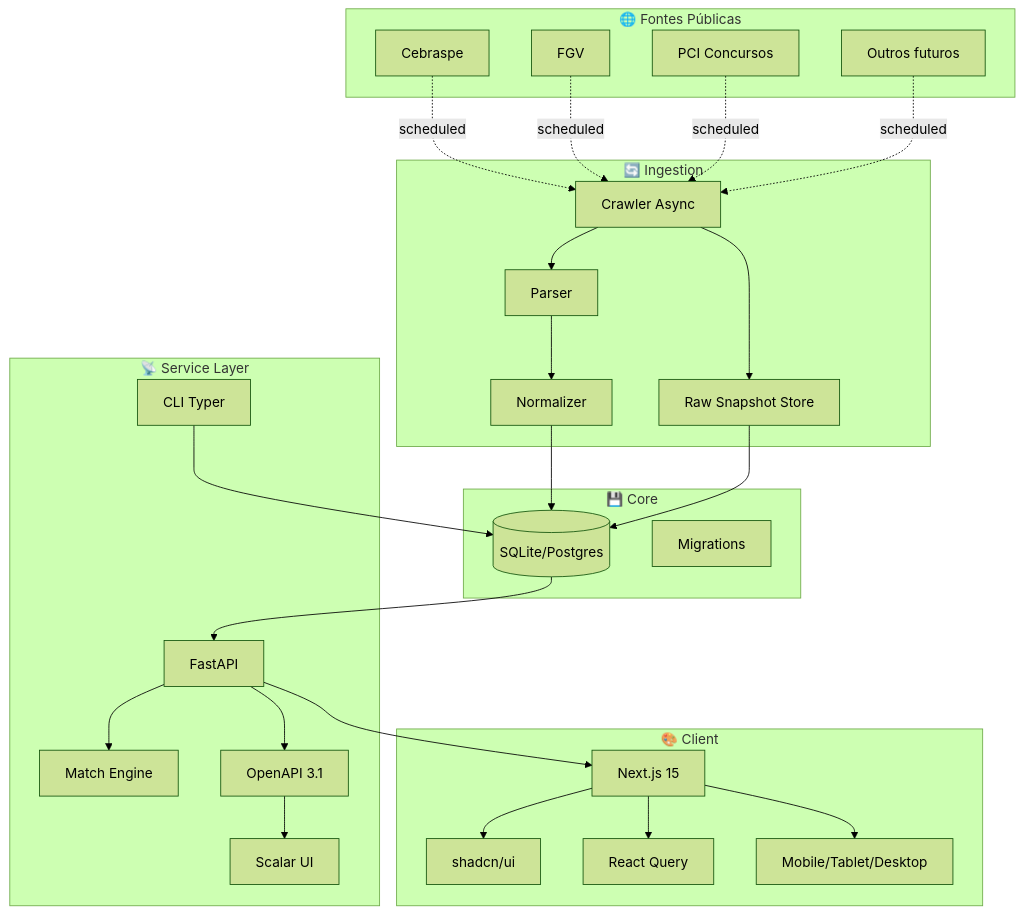
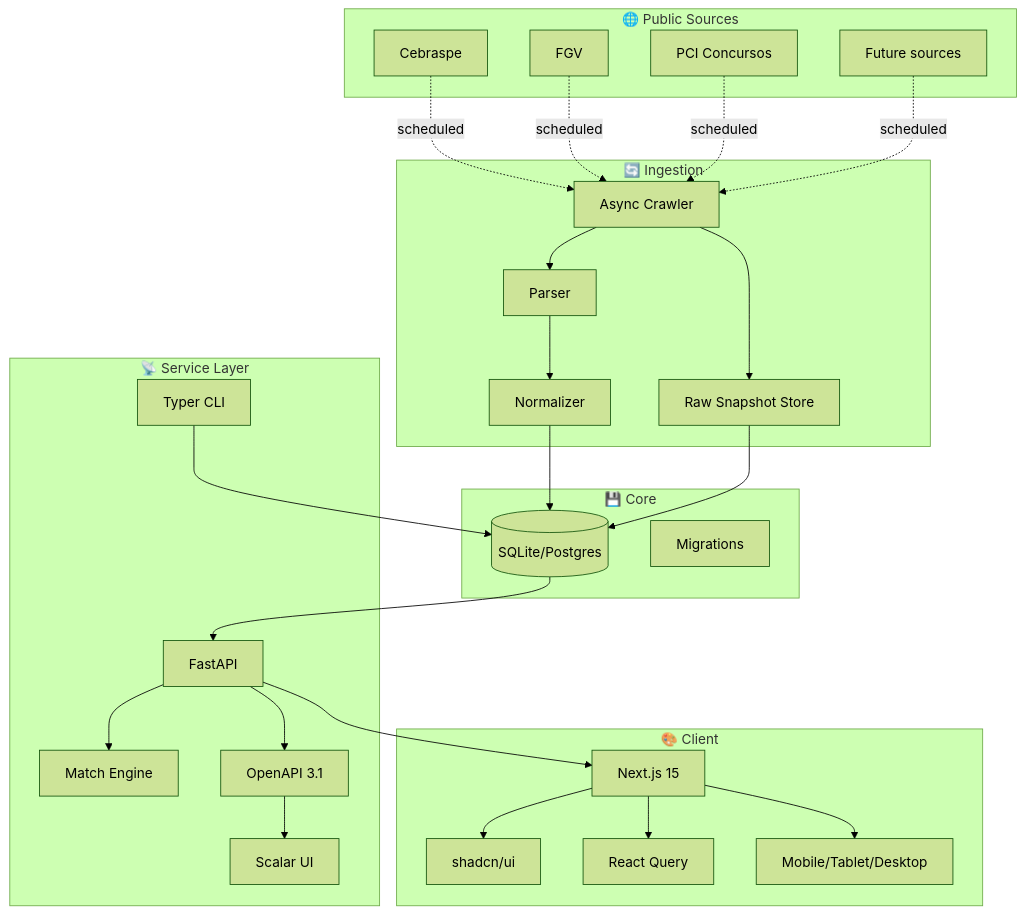
Before and after one commit to merlinfachetti/civic-radar: the first of 9 diagrams in docs/ARCHITECTURE.md, drawn with Mermaid (forest theme). The commit also changed other lines of this file and 17 other files, not shown here.

````diff
--- a/docs/ARCHITECTURE.md
+++ b/docs/ARCHITECTURE.md
@@ -12,51 +12,51 @@
 ```mermaid
 flowchart TB
-    subgraph Public["🌐 Fontes Públicas"]
+    subgraph Public["🌐 Public Sources"]
         F1[Cebraspe]
         F2[FGV]
         F3[PCI Concursos]
-        F4[Outros futuros]
+        F4[Future sources]
     end
 
     subgraph Ingest["🔄 Ingestion"]
-        I1[Crawler Async]
+        I1[Async Crawler]
         I2[Raw Snapshot Store]
         I3[Parser]
         I4[Normalizer]
     end
 
     subgraph Core["💾 Core"]
         D1[(SQLite/Postgres)]
         D2[Migrations]
     end
 
     subgraph Service["📡 Service Layer"]
         S1[FastAPI]
         S2[Match Engine]
         S3[OpenAPI 3.1]
         S4[Scalar UI]
-        S5[CLI Typer]
+        S5[Typer CLI]
     end
 
     subgraph Client["🎨 Client"]
         C1[Next.js 15]
         C2[shadcn/ui]
         C3[React Query]
         C4[Mobile/Tablet/Desktop]
     end
 
     F1 & F2 & F3 & F4 -.scheduled.-> I1
     I1 --> I2
     I1 --> I3
     I3 --> I4
     I4 --> D1
     I2 --> D1
     D1 --> S1
     S1 --> S2
     S1 --> S3 --> S4
     S1 --> C1
     S5 --> D1
     C1 --> C2
     C1 --> C3
     C1 --> C4
 ```
````
